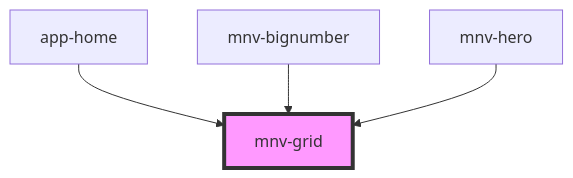
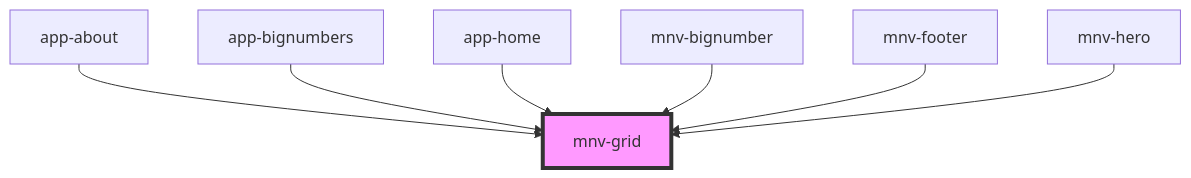
Before and after one commit to rafaela-vairo/ufrj-sustainable: the diagram in src/components/layout/mnv-grid/readme.md, drawn with Mermaid. The commit also changed other lines of this file and 25 other files, not shown here.

````diff
--- a/src/components/layout/mnv-grid/readme.md
+++ b/src/components/layout/mnv-grid/readme.md
@@ -30,7 +34,10 @@
 ```mermaid
 graph TD;
+  app-about --> mnv-grid
+  app-bignumbers --> mnv-grid
   app-home --> mnv-grid
   mnv-bignumber --> mnv-grid
+  mnv-footer --> mnv-grid
   mnv-hero --> mnv-grid
   style mnv-grid fill:#f9f,stroke:#333,stroke-width:4px
 ```
````
